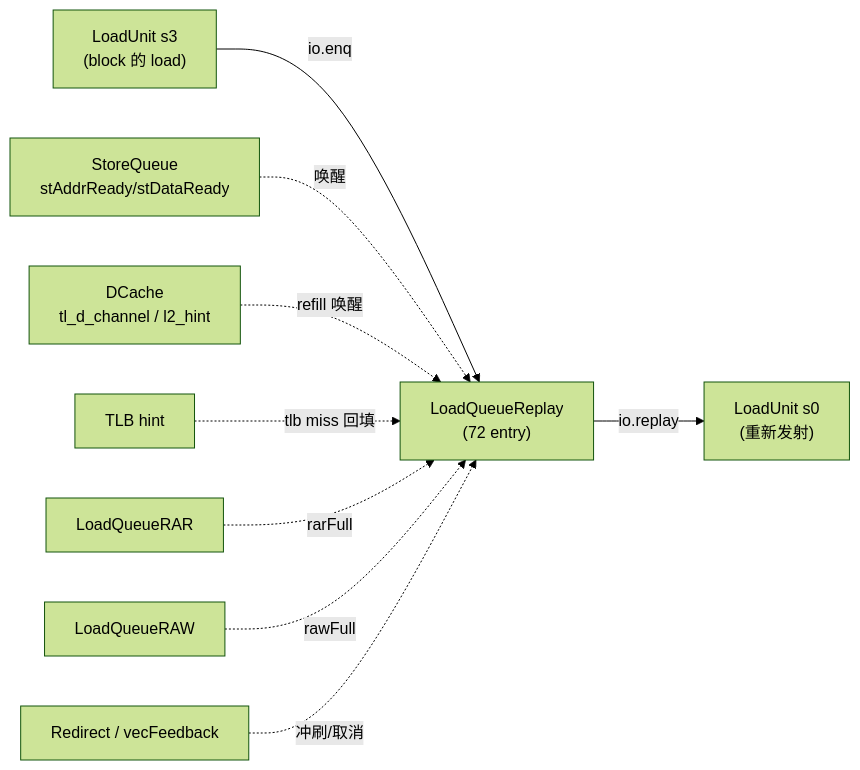
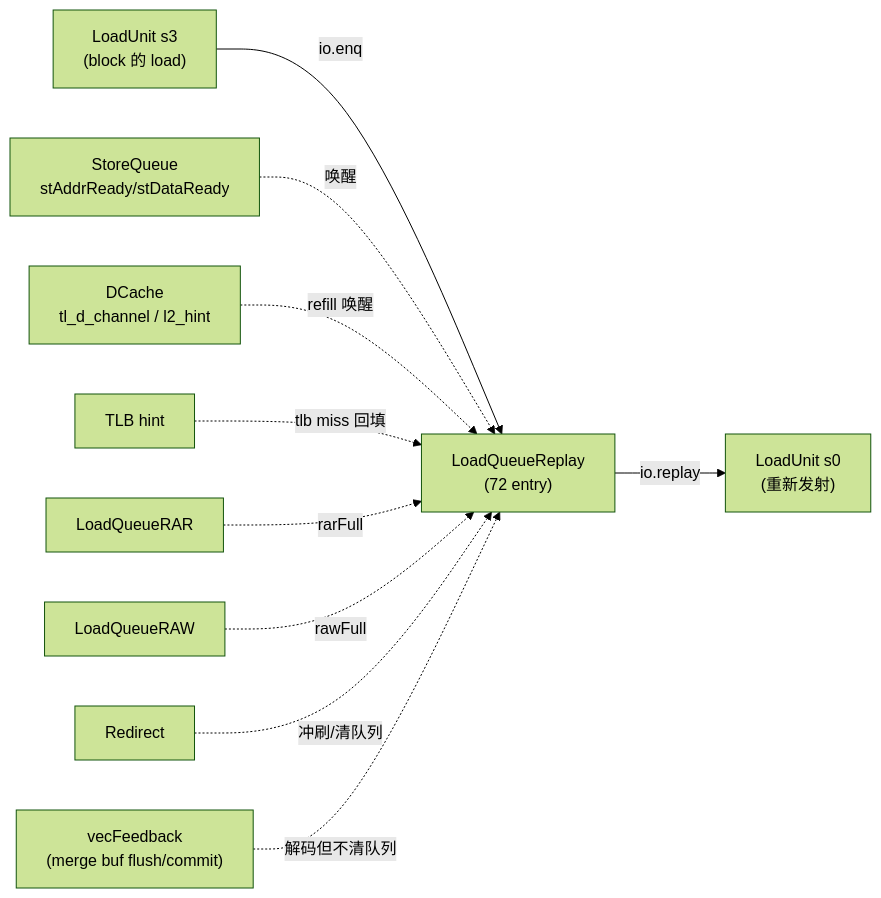
The first of 5 diagrams in docs/memblock/LoadQueueReplay.md (shengnanli/xs-v2r2-sv), drawn with Mermaid (forest theme) before and after one commit. The commit also changed other lines of this file and 31 other files, not shown here.

````diff
--- a/docs/memblock/LoadQueueReplay.md
+++ b/docs/memblock/LoadQueueReplay.md
@@ -21,11 +21,12 @@
 ```mermaid
 graph LR
   LU["LoadUnit s3<br/>(block 的 load)"] -->|io.enq| LQR["LoadQueueReplay<br/>(72 entry)"]
   LQR -->|io.replay| LU2["LoadUnit s0<br/>(重新发射)"]
   SQ["StoreQueue<br/>stAddrReady/stDataReady"] -.唤醒.-> LQR
   DC["DCache<br/>tl_d_channel / l2_hint"] -.refill 唤醒.-> LQR
   TLB["TLB hint"] -.tlb miss 回填.-> LQR
   RAR["LoadQueueRAR"] -.rarFull.-> LQR
   RAW["LoadQueueRAW"] -.rawFull.-> LQR
-  RED["Redirect / vecFeedback"] -.冲刷/取消.-> LQR
+  RED["Redirect"] -.冲刷/清队列.-> LQR
+  VEC["vecFeedback<br/>(merge buf flush/commit)"] -.解码但不清队列.-> LQR
 ```
````
